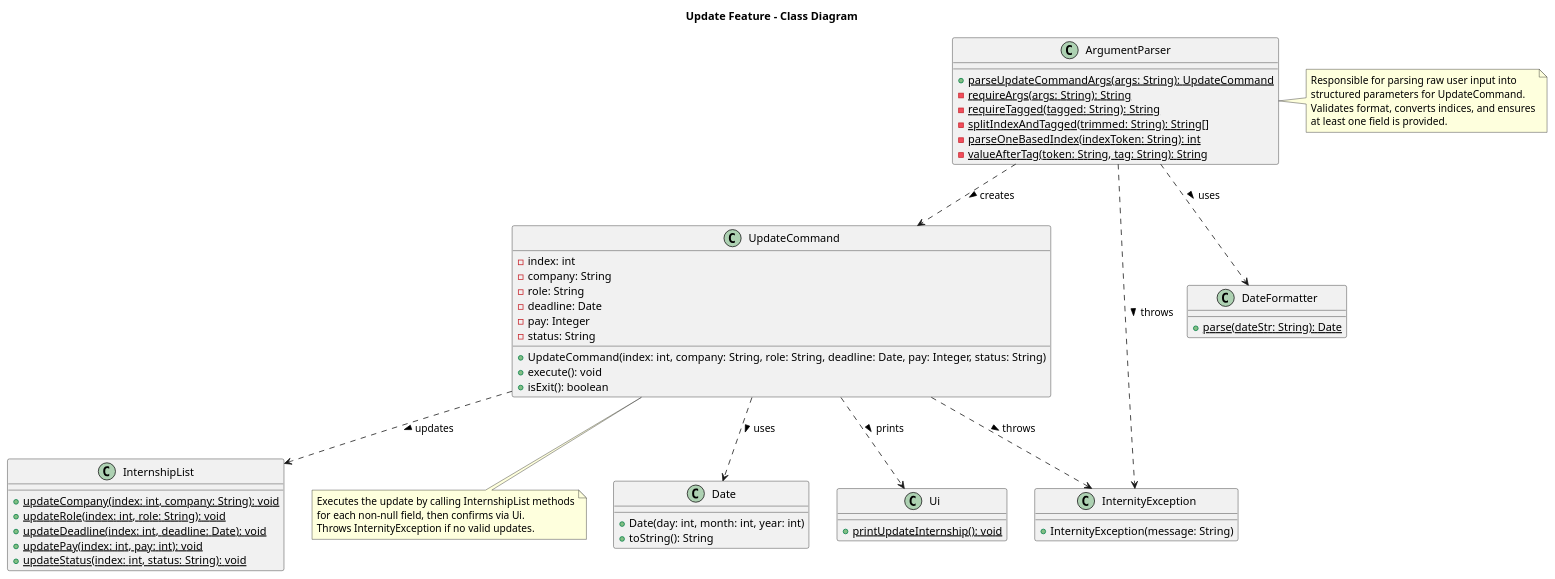
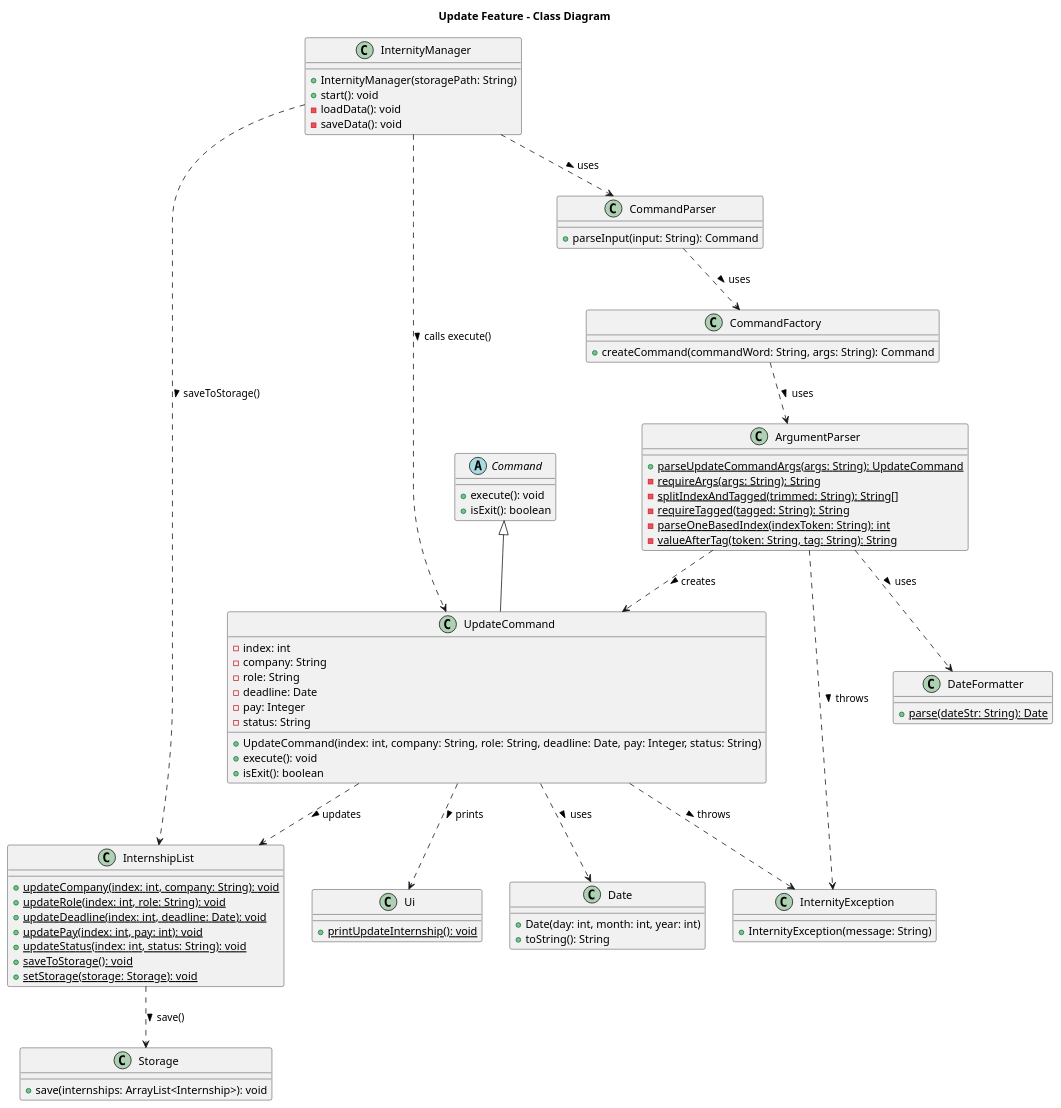
Before and after one commit to AY2526S1-CS2113-W14-4/tp: the diagram in docs/diagrams/UpdateCommandCD.puml, drawn with PlantUML. The commit also changed 4 other files, not shown here.

Commit message:
Add Update Command class diagram and fix SD

```diff
--- a/docs/diagrams/UpdateCommandCD.puml
+++ b/docs/diagrams/UpdateCommandCD.puml
@@ -1,72 +1,95 @@
 @startuml UpdateFeatureCD
 title Update Feature - Class Diagram
+
+class InternityManager {
+  + InternityManager(storagePath: String)
+  + start(): void
+  - loadData(): void
+  - saveData(): void
+}
+
+class CommandParser {
+  + parseInput(input: String): Command
+}
+
+class CommandFactory {
+  + createCommand(commandWord: String, args: String): Command
+}
+
+abstract class Command {
+  + execute(): void
+  + isExit(): boolean
+}
 
 class ArgumentParser {
   + {static} parseUpdateCommandArgs(args: String): UpdateCommand
   - {static} requireArgs(args: String): String
+  - {static} splitIndexAndTagged(trimmed: String): String[]
   - {static} requireTagged(tagged: String): String
-  - {static} splitIndexAndTagged(trimmed: String): String[]
   - {static} parseOneBasedIndex(indexToken: String): int
   - {static} valueAfterTag(token: String, tag: String): String
 }
 
 class UpdateCommand {
   - index: int
   - company: String
   - role: String
   - deadline: Date
   - pay: Integer
   - status: String
   __
   + UpdateCommand(index: int, company: String, role: String, deadline: Date, pay: Integer, status: String)
   + execute(): void
   + isExit(): boolean
 }
 
 class InternshipList {
   + {static} updateCompany(index: int, company: String): void
   + {static} updateRole(index: int, role: String): void
   + {static} updateDeadline(index: int, deadline: Date): void
   + {static} updatePay(index: int, pay: int): void
   + {static} updateStatus(index: int, status: String): void
+  + {static} saveToStorage(): void
+  + {static} setStorage(storage: Storage): void
+}
+
+class Storage {
+  + save(internships: ArrayList<Internship>): void
+}
+
+class Ui {
+  + {static} printUpdateInternship(): void
 }
 
 class Date {
   + Date(day: int, month: int, year: int)
   + toString(): String
 }
 
 class DateFormatter {
   + {static} parse(dateStr: String): Date
 }
 
-class Ui {
-  + {static} printUpdateInternship(): void
-}
-
 class InternityException {
   + InternityException(message: String)
 }
 
+Command <|-- UpdateCommand
+
+InternityManager ..> CommandParser : uses >
+CommandParser ..> CommandFactory : uses >
+CommandFactory ..> ArgumentParser : uses >
 ArgumentParser ..> UpdateCommand : creates >
 ArgumentParser ..> DateFormatter : uses >
 ArgumentParser ..> InternityException : throws >
+
+InternityManager ..> UpdateCommand : calls execute() >
 UpdateCommand ..> InternshipList : updates >
 UpdateCommand ..> Ui : prints >
+UpdateCommand ..> InternityException : throws >
 UpdateCommand ..> Date : uses >
-UpdateCommand ..> InternityException : throws >
 
-note right of ArgumentParser
-  Responsible for parsing raw user input into
-  structured parameters for UpdateCommand.
-  Validates format, converts indices, and ensures
-  at least one field is provided.
-end note
-
-note bottom of UpdateCommand
-  Executes the update by calling InternshipList methods
-  for each non-null field, then confirms via Ui.
-  Throws InternityException if no valid updates.
-end note
+InternityManager ..> InternshipList : saveToStorage() >
+InternshipList ..> Storage : save() >
 
 @enduml
```
